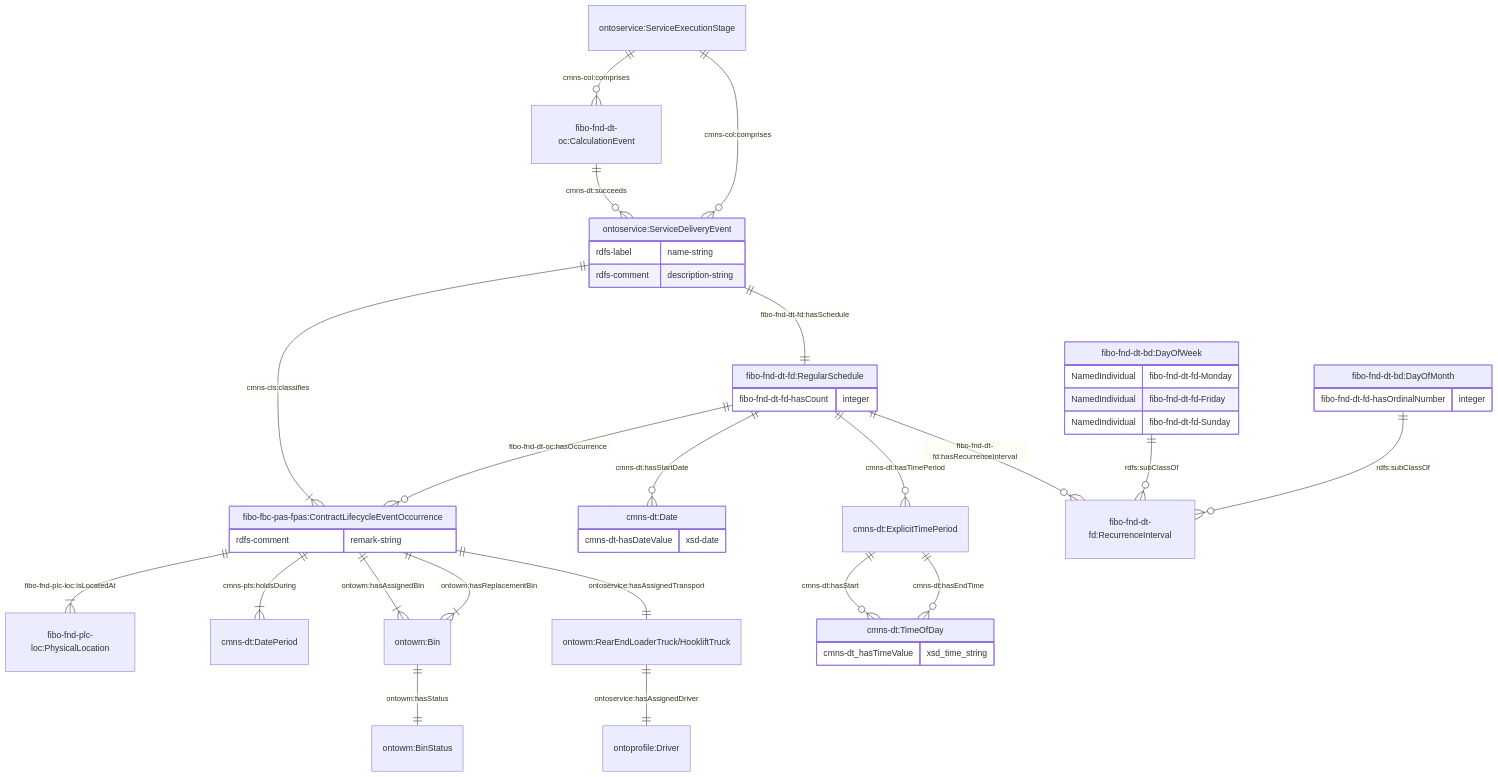
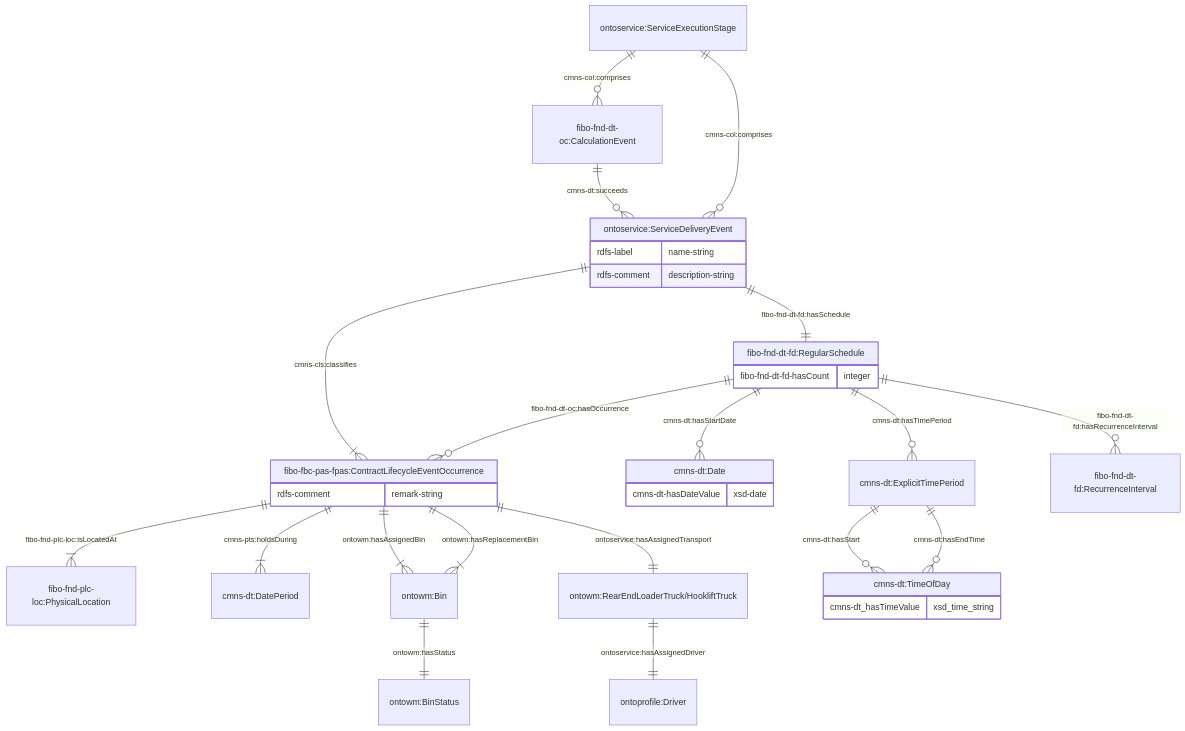
The fifth of 11 diagrams in JPS_Ontology/ontology/ontowastemanagement/README.md (cambridge-cares/TheWorldAvatar), drawn with Mermaid before and after one commit. The commit also changed other lines of this file and 1 other file, not shown here.

Commit message:
dev-ontowastemanagement: Update schedule representation

````diff
--- a/JPS_Ontology/ontology/ontowastemanagement/README.md
+++ b/JPS_Ontology/ontology/ontowastemanagement/README.md
@@ -236,53 +236,43 @@
 ```mermaid
     erDiagram
     "ontoservice:ServiceExecutionStage" ||--o{ "fibo-fnd-dt-oc:CalculationEvent" : "cmns-col:comprises"
     "fibo-fnd-dt-oc:CalculationEvent" ||--o{ "ontoservice:ServiceDeliveryEvent" : "cmns-dt:succeeds"
     "ontoservice:ServiceExecutionStage" ||--o{ "ontoservice:ServiceDeliveryEvent" : "cmns-col:comprises"
     "ontoservice:ServiceDeliveryEvent" {
         rdfs-label name-string
         rdfs-comment description-string
     }
 
     "ontoservice:ServiceDeliveryEvent" ||--|{ "fibo-fbc-pas-fpas:ContractLifecycleEventOccurrence" : "cmns-cls:classifies"
 
     "fibo-fbc-pas-fpas:ContractLifecycleEventOccurrence" ||--|{ "fibo-fnd-plc-loc:PhysicalLocation" : "fibo-fnd-plc-loc:isLocatedAt"
     "fibo-fbc-pas-fpas:ContractLifecycleEventOccurrence" ||--|{ " cmns-dt:DatePeriod" : "cmns-pts:holdsDuring"
     "fibo-fbc-pas-fpas:ContractLifecycleEventOccurrence" {
         rdfs-comment remark-string
     }
 
     "fibo-fbc-pas-fpas:ContractLifecycleEventOccurrence" ||--|{ "ontowm:Bin" : "ontowm:hasAssignedBin"
     "fibo-fbc-pas-fpas:ContractLifecycleEventOccurrence" ||--|{ "ontowm:Bin" : "ontowm:hasReplacementBin"
     "ontowm:Bin" ||--|| "ontowm:BinStatus" : "ontowm:hasStatus"
 
     "fibo-fbc-pas-fpas:ContractLifecycleEventOccurrence" ||--|| "ontowm:RearEndLoaderTruck/HookliftTruck" : "ontoservice:hasAssignedTransport"
     "ontowm:RearEndLoaderTruck/HookliftTruck" ||--|| "ontoprofile:Driver" : "ontoservice:hasAssignedDriver"
 
     "ontoservice:ServiceDeliveryEvent" ||--|| "fibo-fnd-dt-fd:RegularSchedule" : "fibo-fnd-dt-fd:hasSchedule"
      "fibo-fnd-dt-fd:RegularSchedule" ||--o{ "fibo-fbc-pas-fpas:ContractLifecycleEventOccurrence" : "fibo-fnd-dt-oc:hasOccurrence"
     "fibo-fnd-dt-fd:RegularSchedule" {
         fibo-fnd-dt-fd-hasCount integer
     }
 
     "fibo-fnd-dt-fd:RegularSchedule" ||--o{ "cmns-dt:Date" : "cmns-dt:hasStartDate"
     "cmns-dt:Date" {
         cmns-dt-hasDateValue xsd-date
     }
     "fibo-fnd-dt-fd:RegularSchedule" ||--o{ "cmns-dt:ExplicitTimePeriod" : "cmns-dt:hasTimePeriod"
     "cmns-dt:ExplicitTimePeriod" ||--o{ "cmns-dt:TimeOfDay" : "cmns-dt:hasStart"
     "cmns-dt:ExplicitTimePeriod" ||--o{ "cmns-dt:TimeOfDay" : "cmns-dt:hasEndTime"
     "cmns-dt:TimeOfDay" {
         cmns-dt_hasTimeValue xsd_time_string
     }
     "fibo-fnd-dt-fd:RegularSchedule" ||--o{ "fibo-fnd-dt-fd:RecurrenceInterval" : "fibo-fnd-dt-fd:hasRecurrenceInterval"
-    "fibo-fnd-dt-bd:DayOfWeek" ||--o{ "fibo-fnd-dt-fd:RecurrenceInterval" : "rdfs:subClassOf"
-    "fibo-fnd-dt-bd:DayOfWeek" {
-        NamedIndividual fibo-fnd-dt-fd-Monday
-        NamedIndividual fibo-fnd-dt-fd-Friday
-        NamedIndividual fibo-fnd-dt-fd-Sunday
-    }
-    "fibo-fnd-dt-bd:DayOfMonth" ||--o{ "fibo-fnd-dt-fd:RecurrenceInterval" : "rdfs:subClassOf"
-    "fibo-fnd-dt-bd:DayOfMonth" {
-        fibo-fnd-dt-fd-hasOrdinalNumber integer
-    }
 ```
````
